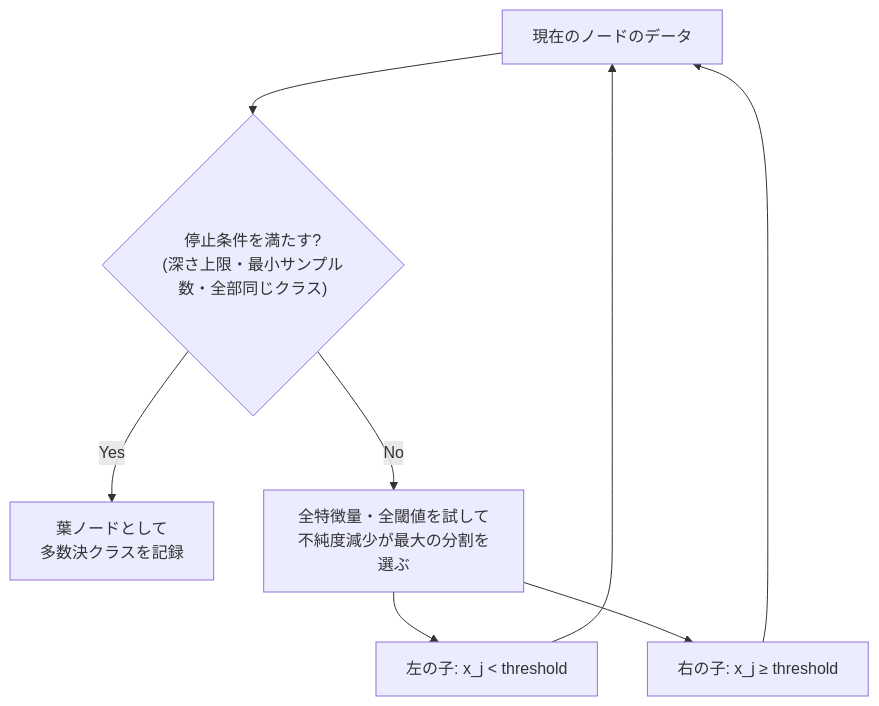
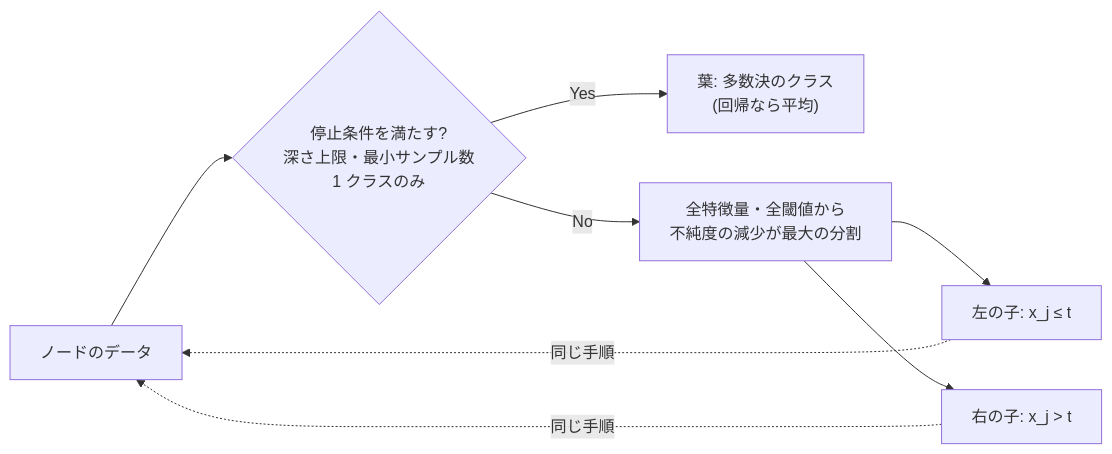
One commit to nao1215/debimate changed the diagram in projects/ml/notes/ml/decision-tree/index.md. Above: the diagram before and after it, drawn with Mermaid. The commit also changed other lines of this file and 21 other files, not shown here.

````diff
--- a/projects/ml/notes/ml/decision-tree/index.md
+++ b/projects/ml/notes/ml/decision-tree/index.md
@@ -20,10 +28,10 @@
 ```mermaid
-graph TD
-    A["現在のノードのデータ"] --> B{"停止条件を満たす?<br/>(深さ上限・最小サンプル数・全部同じクラス)"}
-    B -->|"Yes"| C["葉ノードとして<br/>多数決クラスを記録"]
-    B -->|"No"| D["全特徴量・全閾値を試して<br/>不純度減少が最大の分割を選ぶ"]
-    D --> E["左の子: x_j < threshold"]
-    D --> F["右の子: x_j ≥ threshold"]
-    E --> A
-    F --> A
+flowchart LR
+    A["ノードのデータ"] --> B{"停止条件を満たす?<br/>深さ上限・最小サンプル数<br/>1 クラスのみ"}
+    B -->|"Yes"| C["葉: 多数決のクラス<br/>(回帰なら平均)"]
+    B -->|"No"| D["全特徴量・全閾値から<br/>不純度の減少が最大の分割"]
+    D --> E["左の子: x_j ≤ t"]
+    D --> F["右の子: x_j > t"]
+    E -.->|"同じ手順"| A
+    F -.->|"同じ手順"| A
 ```
````
